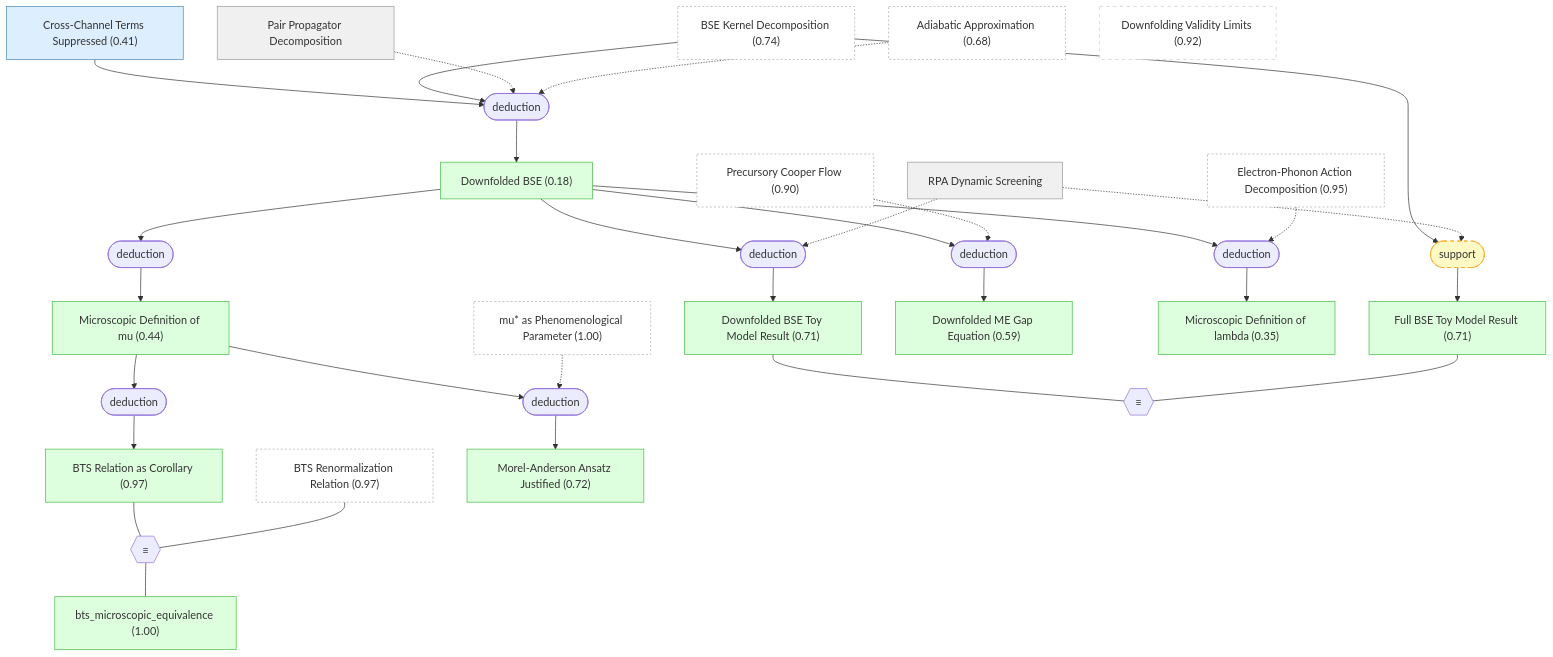
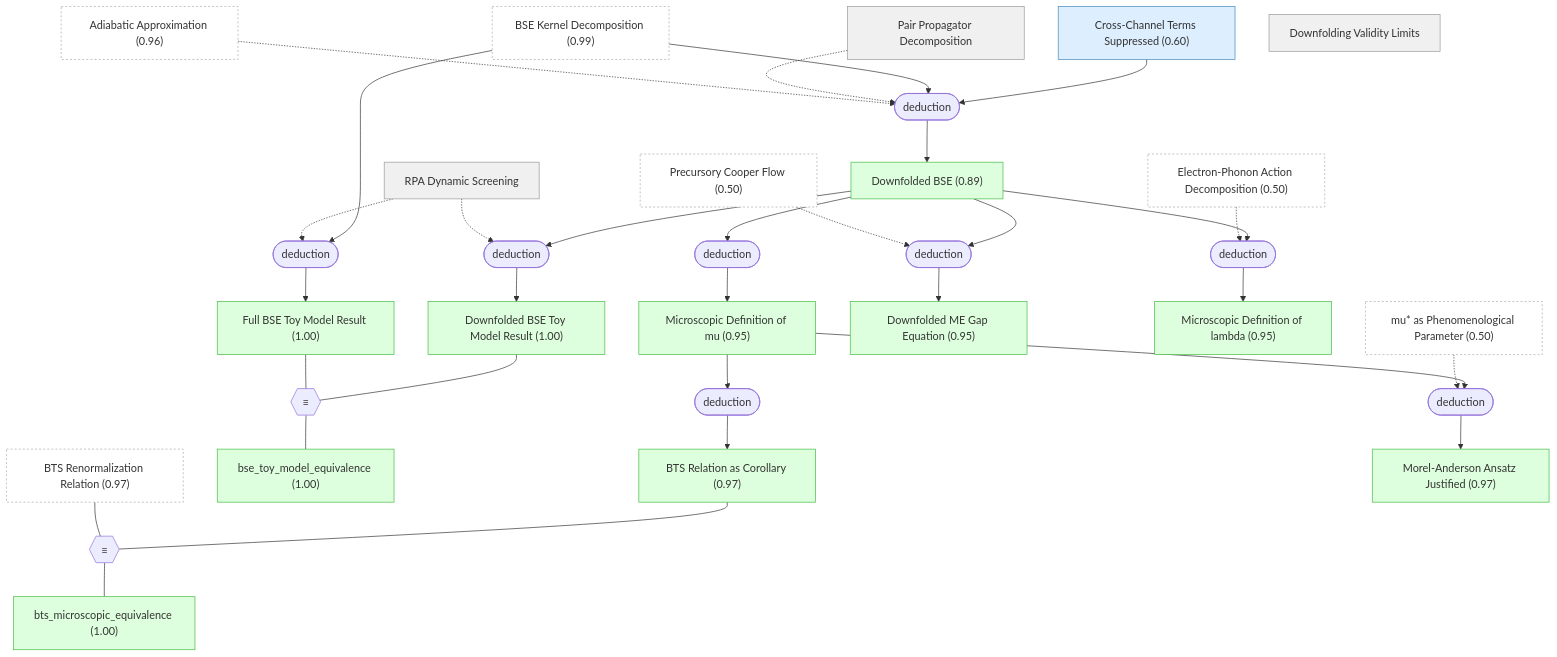
Before and after one commit to kunyuan/SuperconductivityElectronLiquids.gaia: the third of 6 diagrams in docs/detailed-reasoning.md, drawn with Mermaid. The commit also changed other lines of this file and 46 other files, not shown here.

````diff
--- a/docs/detailed-reasoning.md
+++ b/docs/detailed-reasoning.md
@@ -277,71 +278,73 @@
 ```mermaid
 graph TD
-    adiabatic_approx["Adiabatic Approximation (0.68)"]:::external
+    adiabatic_approx["Adiabatic Approximation (0.96)"]:::external
     bts_renormalization["BTS Renormalization Relation (0.97)"]:::external
-    mu_star_phenomenological["mu#ast; as Phenomenological Parameter (1.00)"]:::external
-    electron_phonon_action["Electron-Phonon Action Decomposition (0.95)"]:::external
-    bse_kernel_decomposition["BSE Kernel Decomposition (0.74)"]:::external
-    precursory_cooper_flow["Precursory Cooper Flow (0.90)"]:::external
-    pair_propagator_decomposition["Pair Propagator Decomposition"]:::setting
-    cross_term_suppressed["Cross-Channel Terms Suppressed (0.41)"]:::premise
-    rpa_dynamic_screening["RPA Dynamic Screening"]:::setting
-    full_bse_toy_model["Full BSE Toy Model Result (0.71)"]:::derived
-    downfolded_bse_toy_model["Downfolded BSE Toy Model Result (0.71)"]:::derived
-    downfolding_validity_limits["Downfolding Validity Limits (0.92)"]:::orphan
-    downfolded_bse["Downfolded BSE (0.18)"]:::derived
-    downfolded_me_equation["Downfolded ME Gap Equation (0.59)"]:::derived
-    lambda_microscopic_definition["Microscopic Definition of lambda (0.35)"]:::derived
-    mu_microscopic_definition["Microscopic Definition of mu (0.44)"]:::derived
+    mu_star_phenomenological["mu#ast; as Phenomenological Parameter (0.50)"]:::external
+    electron_phonon_action["Electron-Phonon Action Decomposition (0.50)"]:::external
+    bse_kernel_decomposition["BSE Kernel Decomposition (0.99)"]:::external
+    precursory_cooper_flow["Precursory Cooper Flow (0.50)"]:::external
+    pair_propagator_decomposition["Pair Propagator Decomposition"]:::note
+    rpa_dynamic_screening["RPA Dynamic Screening"]:::note
+    cross_term_suppressed["Cross-Channel Terms Suppressed (0.60)"]:::premise
+    downfolding_validity_limits["Downfolding Validity Limits"]:::note
+    downfolded_bse["Downfolded BSE (0.89)"]:::derived
+    full_bse_toy_model["Full BSE Toy Model Result (1.00)"]:::derived
+    downfolded_bse_toy_model["Downfolded BSE Toy Model Result (1.00)"]:::derived
+    bse_toy_model_equivalence["bse_toy_model_equivalence (1.00)"]:::derived
+    downfolded_me_equation["Downfolded ME Gap Equation (0.95)"]:::derived
+    lambda_microscopic_definition["Microscopic Definition of lambda (0.95)"]:::derived
+    mu_microscopic_definition["Microscopic Definition of mu (0.95)"]:::derived
     mu_scale_independence["BTS Relation as Corollary (0.97)"]:::derived
     bts_microscopic_equivalence["bts_microscopic_equivalence (1.00)"]:::derived
-    ma_pseudopotential_justified["Morel-Anderson Ansatz Justified (0.72)"]:::derived
-    strat_2(["support"]):::weak
-    bse_kernel_decomposition --> strat_2
-    rpa_dynamic_screening -.-> strat_2
-    strat_2 --> full_bse_toy_model
-    strat_3(["deduction"])
-    cross_term_suppressed --> strat_3
-    bse_kernel_decomposition --> strat_3
-    pair_propagator_decomposition -.-> strat_3
-    adiabatic_approx -.-> strat_3
-    strat_3 --> downfolded_bse
+    ma_pseudopotential_justified["Morel-Anderson Ansatz Justified (0.97)"]:::derived
     strat_4(["deduction"])
-    downfolded_bse --> strat_4
-    rpa_dynamic_screening -.-> strat_4
-    strat_4 --> downfolded_bse_toy_model
+    cross_term_suppressed --> strat_4
+    bse_kernel_decomposition --> strat_4
+    pair_propagator_decomposition -.-> strat_4
+    adiabatic_approx -.-> strat_4
+    strat_4 --> downfolded_bse
     strat_5(["deduction"])
-    downfolded_bse --> strat_5
-    precursory_cooper_flow -.-> strat_5
-    strat_5 --> downfolded_me_equation
+    bse_kernel_decomposition --> strat_5
+    rpa_dynamic_screening -.-> strat_5
+    strat_5 --> full_bse_toy_model
     strat_6(["deduction"])
     downfolded_bse --> strat_6
-    electron_phonon_action -.-> strat_6
-    strat_6 --> lambda_microscopic_definition
+    rpa_dynamic_screening -.-> strat_6
+    strat_6 --> downfolded_bse_toy_model
     strat_7(["deduction"])
     downfolded_bse --> strat_7
-    strat_7 --> mu_microscopic_definition
+    precursory_cooper_flow -.-> strat_7
+    strat_7 --> downfolded_me_equation
     strat_8(["deduction"])
-    mu_microscopic_definition --> strat_8
-    strat_8 --> mu_scale_independence
+    downfolded_bse --> strat_8
+    electron_phonon_action -.-> strat_8
+    strat_8 --> lambda_microscopic_definition
     strat_9(["deduction"])
-    mu_microscopic_definition --> strat_9
-    mu_star_phenomenological -.-> strat_9
-    strat_9 --> ma_pseudopotential_justified
-    oper_0{{"≡"}}
-    downfolded_bse_toy_model --- oper_0
-    full_bse_toy_model --- oper_0
+    downfolded_bse --> strat_9
+    strat_9 --> mu_microscopic_definition
+    strat_10(["deduction"])
+    mu_microscopic_definition --> strat_10
+    strat_10 --> mu_scale_independence
+    strat_11(["deduction"])
+    mu_microscopic_definition --> strat_11
+    mu_star_phenomenological -.-> strat_11
+    strat_11 --> ma_pseudopotential_justified
     oper_1{{"≡"}}
-    mu_scale_independence --- oper_1
-    bts_renormalization --- oper_1
-    oper_1 --- bts_microscopic_equivalence
+    downfolded_bse_toy_model --- oper_1
+    full_bse_toy_model --- oper_1
+    oper_1 --- bse_toy_model_equivalence
+    oper_2{{"≡"}}
+    mu_scale_independence --- oper_2
+    bts_renormalization --- oper_2
+    oper_2 --- bts_microscopic_equivalence
 
-    classDef setting fill:#f0f0f0,stroke:#999,color:#333
+    classDef note fill:#f0f0f0,stroke:#999,color:#333
     classDef premise fill:#ddeeff,stroke:#4488bb,color:#333
     classDef derived fill:#ddffdd,stroke:#44bb44,color:#333
     classDef question fill:#fff3dd,stroke:#cc9944,color:#333
     classDef background fill:#f5f5f5,stroke:#bbb,stroke-dasharray: 5 5,color:#333
     classDef orphan fill:#fff,stroke:#ccc,stroke-dasharray: 5 5,color:#333
     classDef external fill:#fff,stroke:#aaa,stroke-dasharray: 3 3,color:#333
     classDef weak fill:#fff9c4,stroke:#f9a825,stroke-dasharray: 5 5,color:#333
     classDef contra fill:#ffebee,stroke:#c62828,color:#333
 ```
````
